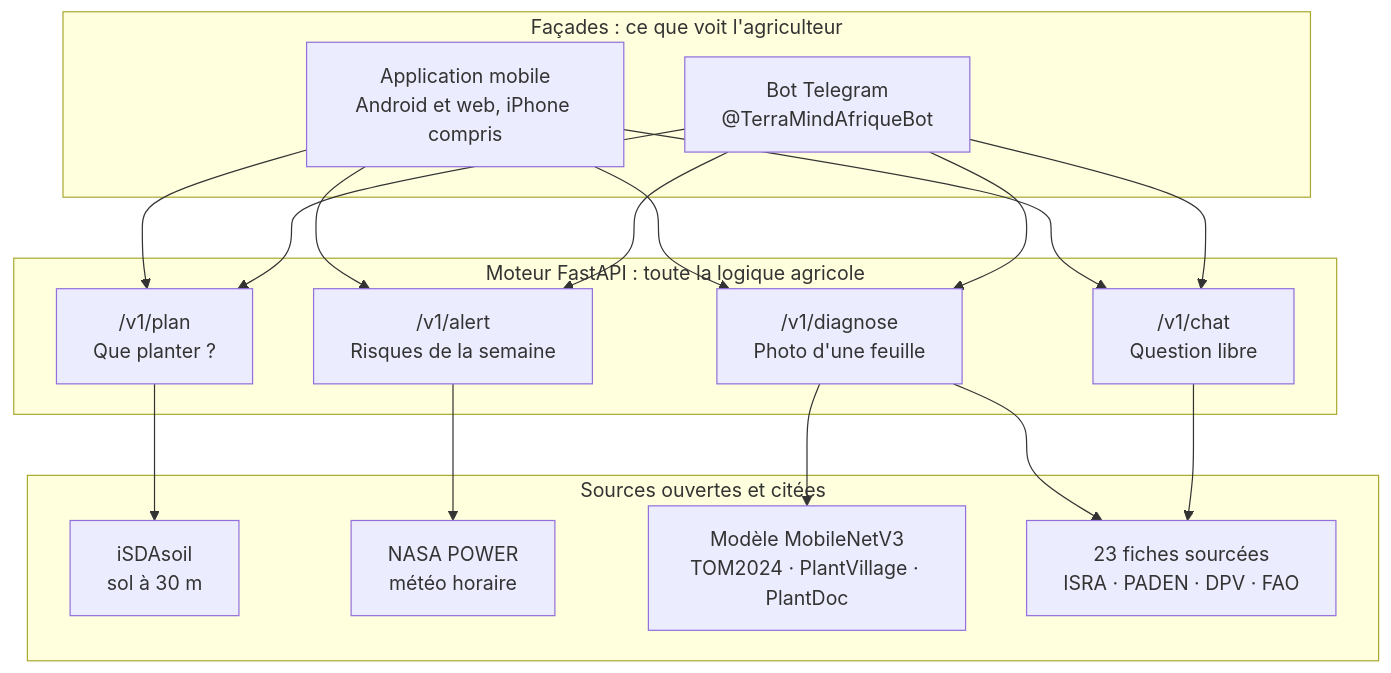
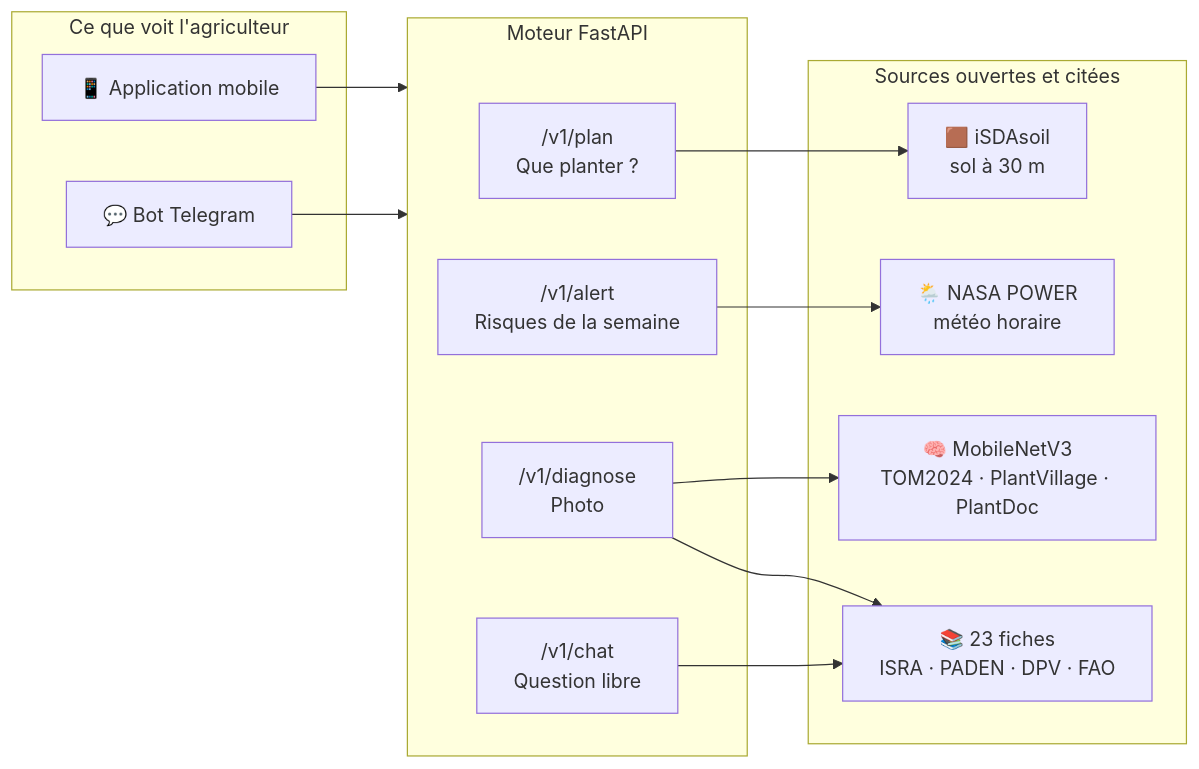
The diagram in README.md (Oscar-AS/Terramind), drawn with Mermaid before and after one commit. The commit also changed other lines of this file and 17 other files, not shown here.

First line of the commit message:
feat: wolof dans l'application (phrases relues + notes vocales servies par le moteur) ; README racine refait

````diff
--- a/README.md
+++ b/README.md
@@ -41,26 +97,26 @@
 ```mermaid
-flowchart TB
-    subgraph F["Façades : ce que voit l'agriculteur"]
-      APP["Application mobile<br/>Android et web, iPhone compris"]
-      TG["Bot Telegram<br/>@TerraMindAfriqueBot"]
+flowchart LR
+    subgraph F["Ce que voit l'agriculteur"]
+      APP["📱 Application mobile"]
+      TG["💬 Bot Telegram"]
     end
-    subgraph M["Moteur FastAPI : toute la logique agricole"]
+    subgraph M["Moteur FastAPI"]
       PL["/v1/plan<br/>Que planter ?"]
       AL["/v1/alert<br/>Risques de la semaine"]
-      DI["/v1/diagnose<br/>Photo d'une feuille"]
+      DI["/v1/diagnose<br/>Photo"]
       CH["/v1/chat<br/>Question libre"]
     end
     subgraph S["Sources ouvertes et citées"]
-      SOL["iSDAsoil<br/>sol à 30 m"]
-      MET["NASA POWER<br/>météo horaire"]
-      MOD["Modèle MobileNetV3<br/>TOM2024 · PlantVillage · PlantDoc"]
-      FIC["23 fiches sourcées<br/>ISRA · PADEN · DPV · FAO"]
+      SOL["🟫 iSDAsoil<br/>sol à 30 m"]
+      MET["🌦️ NASA POWER<br/>météo horaire"]
+      MOD["🧠 MobileNetV3<br/>TOM2024 · PlantVillage · PlantDoc"]
+      FIC["📚 23 fiches<br/>ISRA · PADEN · DPV · FAO"]
     end
-    APP --> PL & AL & DI & CH
-    TG --> PL & AL & DI & CH
+    APP --> M
+    TG --> M
     PL --> SOL
     AL --> MET
     DI --> MOD
     DI --> FIC
     CH --> FIC
 ```
````
